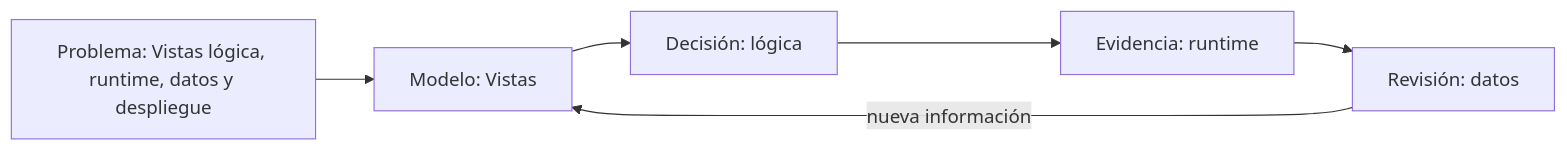
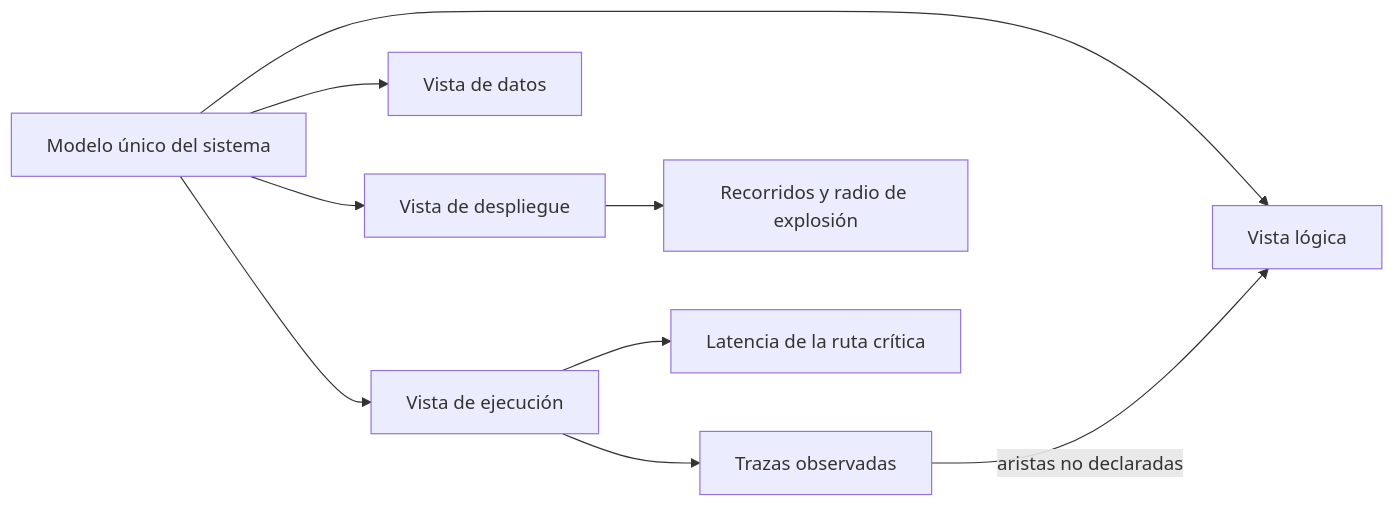
One commit to vladimiracunadev-create/modern-software-engineering-program changed the diagram in classes/part-25-arquitectura-de-software-y-dominio/se-302-vistas-logica-runtime-datos-y-despliegue/README.md. Above: the diagram before and after it, drawn with Mermaid. The commit also changed other lines of this file and 117 other files, not shown here.

First line of the commit message:
feat(curriculum): deepen part 25 with synthetic, reproducible architecture simulations and measurements

````diff
--- a/classes/part-25-arquitectura-de-software-y-dominio/se-302-vistas-logica-runtime-datos-y-despliegue/README.md
+++ b/classes/part-25-arquitectura-de-software-y-dominio/se-302-vistas-logica-runtime-datos-y-despliegue/README.md
@@ -40,8 +54,11 @@
 ```mermaid
 flowchart LR
-    P["Problema: Vistas lógica, runtime, datos y despliegue"] --> M["Modelo: Vistas"]
-    M --> D["Decisión: lógica"]
-    D --> E["Evidencia: runtime"]
-    E --> R["Revisión: datos"]
-    R -->|nueva información| M
+    M[Modelo único del sistema] --> L[Vista lógica]
+    M --> E[Vista de ejecución]
+    M --> D[Vista de datos]
+    M --> P[Vista de despliegue]
+    E --> T[Trazas observadas]
+    T -->|aristas no declaradas| L
+    P --> R[Recorridos y radio de explosión]
+    E --> Q[Latencia de la ruta crítica]
 ```
````
